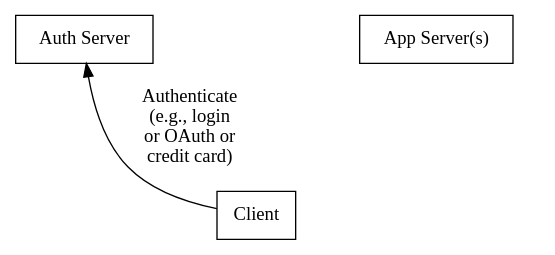
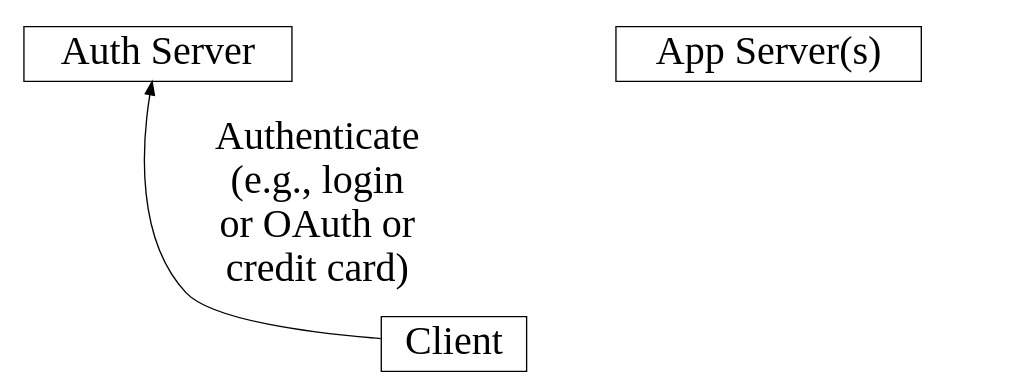
One commit to aocks/ox_jwt changed the second of 9 diagrams in docs/slides.org. Above: the diagram before and after it, drawn with Graphviz. The commit also changed other lines of this file and 2 other files, not shown here.

```diff
--- a/docs/slides.org
+++ b/docs/slides.org
@@ -138,28 +213,30 @@
 #+begin_src dot :cmdline -Kdot -Tjpg :exports results :file images/jwt-auth-vs-app-auth.jpg :eval never-export
 
 digraph auth_system {
+    node [fontsize="30"];
+    edge [fontsize="30"];
     // Define subgraphs
     subgraph top {
         rank=same;
         AuthServer [label="Auth Server", shape=box];
         hidden [style=invis];
         AppServer [label="App Server(s)", shape=box];
     }
 
     subgraph bottom {
         rank=same;
         Client [label="Client", shape=box];
     }
 
     // Define connections
     AuthServer -> Client [label="JWT", constraint=false, splines=ortho, style=invis];
     Client -> AuthServer [label="Authenticate\n(e.g., login\nor OAuth or\ncredit card)", constraint=false, splines=ortho];
     Client -> AppServer [label="Request Service\nusing JWT", constraint=false, splines=ortho,style=invis];
 
     // Define hidden edges to force layout
     AuthServer -> hidden [style=invis];
     hidden -> AppServer [style=invis];
     hidden -> Client [style=invis];
 }
 
 #+end_src
```
